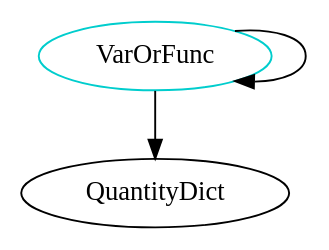
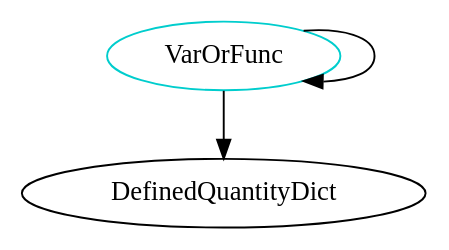
One commit to JacquesCarette/Drasil changed the diagram in analysis/TypeDependencyGraphs/lang/VarOrFunc.dot. Above: the diagram before and after it, drawn with Graphviz. The commit also changed 1031 other files, not shown here.

```diff
--- a/analysis/TypeDependencyGraphs/lang/VarOrFunc.dot
+++ b/analysis/TypeDependencyGraphs/lang/VarOrFunc.dot
@@ -1,5 +1,5 @@
 digraph varorfunc{
 VarOrFunc	[shape=oval, color=cyan3, label="VarOrFunc"];
-VarOrFunc -> QuantityDict;
+VarOrFunc -> DefinedQuantityDict;
 VarOrFunc -> VarOrFunc;
 }
```
